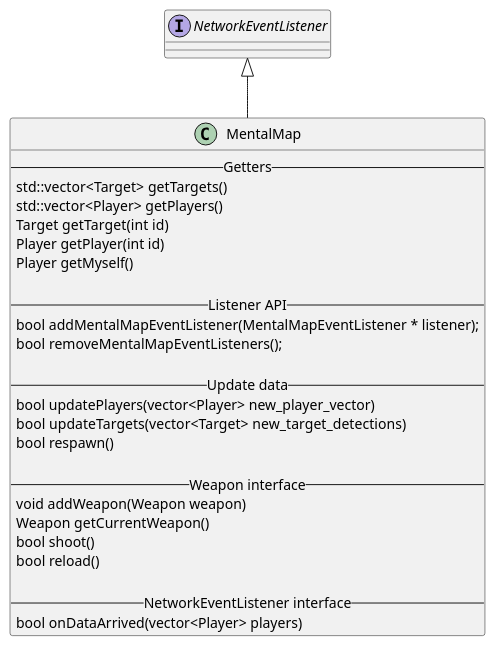
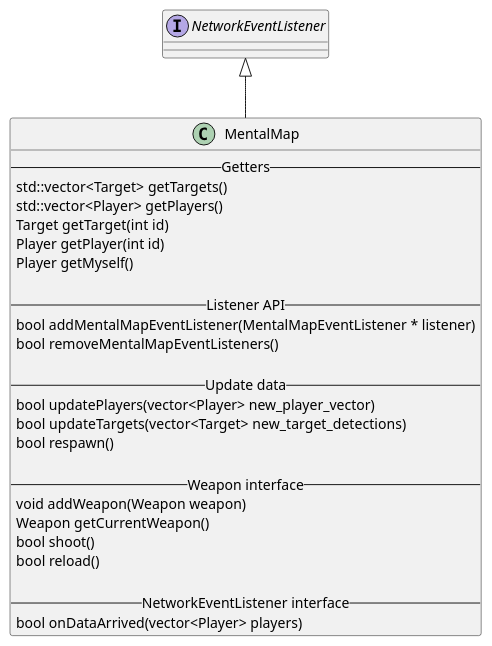
The diagram in en/data-management/mental-map.md (asrob-uc3m/robotDevastation-developer-manual), drawn with PlantUML before and after one commit.

Commit message:
Updates en/data-management/mental-map.md
Auto commit by GitBook Editor

```diff
--- a/en/data-management/mental-map.md
+++ b/en/data-management/mental-map.md
@@ -3,31 +3,30 @@
 {% plantuml %}
 class MentalMap {
 -- Getters --
 std::vector<Target> getTargets()
 std::vector<Player> getPlayers()
 Target getTarget(int id)
 Player getPlayer(int id)
 Player getMyself()
 
 -- Listener API --
-bool addMentalMapEventListener(MentalMapEventListener * listener);
-bool removeMentalMapEventListeners();
+bool addMentalMapEventListener(MentalMapEventListener * listener)
+bool removeMentalMapEventListeners()
 
 -- Update data --
 bool updatePlayers(vector<Player> new_player_vector)
 bool updateTargets(vector<Target> new_target_detections)
 bool respawn()
 
 -- Weapon interface --
 void addWeapon(Weapon weapon)
 Weapon getCurrentWeapon()
 bool shoot()
 bool reload()
 
 -- NetworkEventListener interface --
 bool onDataArrived(vector<Player> players)
 }
 interface NetworkEventListener
 NetworkEventListener <|-- MentalMap
-}
 {% endplantuml %}
```
